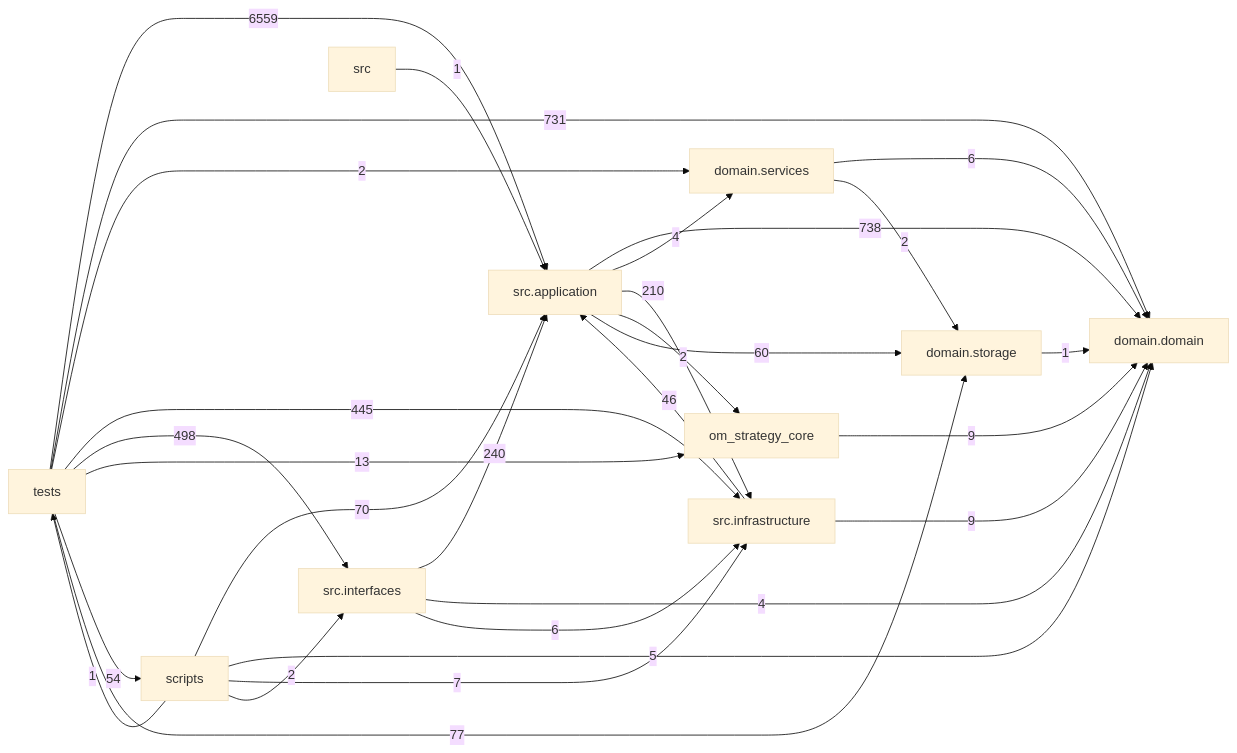
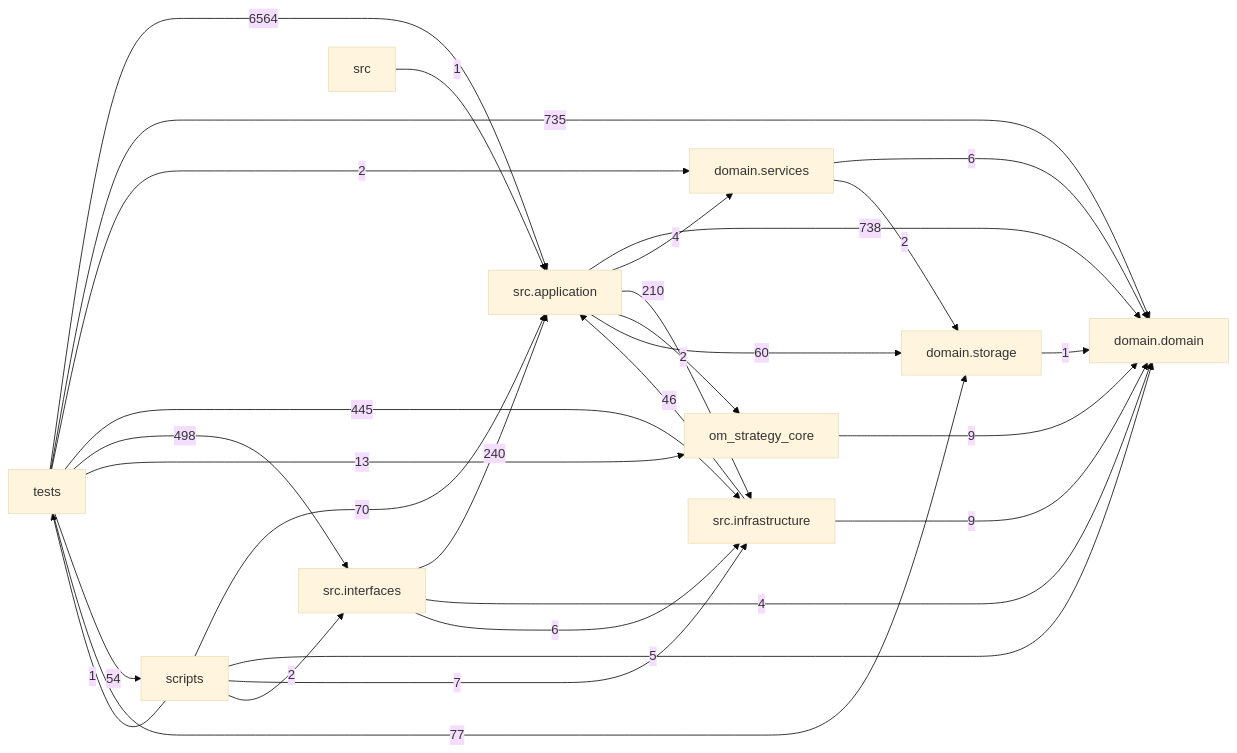
Before and after one commit to liuxie066/options-monitor: the diagram in docs/DEPENDENCY_GRAPH.md, drawn with Mermaid (base theme). The commit also changed other lines of this file and 5 other files, not shown here.

````diff
--- a/docs/DEPENDENCY_GRAPH.md
+++ b/docs/DEPENDENCY_GRAPH.md
@@ -24,39 +24,39 @@
 ```mermaid
 flowchart LR
   tests["tests"]
   scripts["scripts"]
   interfaces["src.interfaces"]
   application["src.application"]
   infrastructure["src.infrastructure"]
   domain_services["domain.services"]
   domain["domain.domain"]
   storage["domain.storage"]
   application -->|738| domain
   application -->|4| domain_services
   application -->|210| infrastructure
   application -->|2| om_strategy_core
   application -->|60| storage
   domain_services -->|6| domain
   domain_services -->|2| storage
   infrastructure -->|46| application
   infrastructure -->|9| domain
   interfaces -->|240| application
   interfaces -->|4| domain
   interfaces -->|6| infrastructure
   om_strategy_core -->|9| domain
   scripts -->|70| application
   scripts -->|5| domain
   scripts -->|7| infrastructure
   scripts -->|2| interfaces
   scripts -->|1| tests
   src -->|1| application
   storage -->|1| domain
-  tests -->|6559| application
-  tests -->|731| domain
+  tests -->|6564| application
+  tests -->|735| domain
   tests -->|2| domain_services
   tests -->|445| infrastructure
   tests -->|498| interfaces
   tests -->|13| om_strategy_core
   tests -->|54| scripts
   tests -->|77| storage
 ```
````
